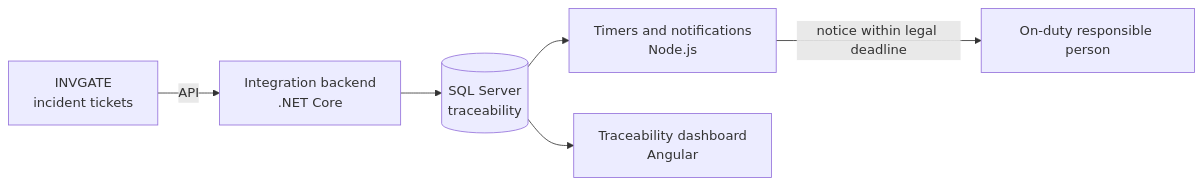
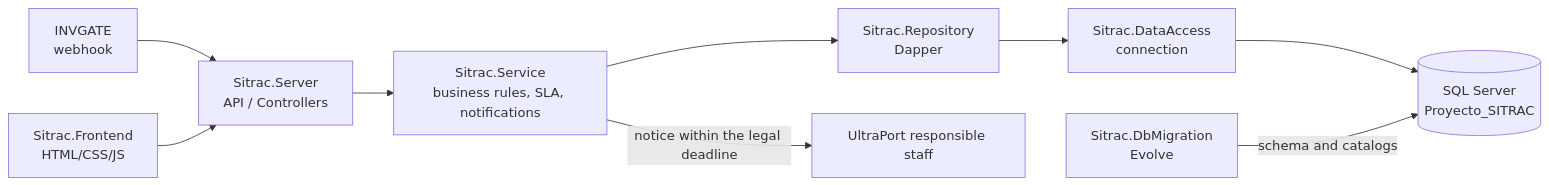
Before and after one commit to gasparin2702/Capstone-Soto-Ayala: the diagram in README.en.md, drawn with Mermaid. The commit also changed other lines of this file, not shown here.

````diff
--- a/README.en.md
+++ b/README.en.md
@@ -99,8 +104,11 @@
 ```mermaid
 flowchart LR
-    A[INVGATE<br/>incident tickets] -->|API| B[Integration backend<br/>.NET Core]
-    B --> C[(SQL Server<br/>traceability)]
-    C --> D[Timers and notifications<br/>Node.js]
-    D -->|notice within legal deadline| E[On-duty responsible person]
-    C --> F[Traceability dashboard<br/>Angular]
+    A[INVGATE<br/>webhook] --> B[Sitrac.Server<br/>API / Controllers]
+    B --> C[Sitrac.Service<br/>business rules, SLA, notifications]
+    C --> D[Sitrac.Repository<br/>Dapper]
+    D --> E[Sitrac.DataAccess<br/>connection]
+    E --> F[(SQL Server<br/>Proyecto_SITRAC)]
+    G[Sitrac.DbMigration<br/>Evolve] -->|schema and catalogs| F
+    H[Sitrac.Frontend<br/>HTML/CSS/JS] --> B
+    C -->|notice within the legal deadline| I[UltraPort responsible staff]
 ```
````
